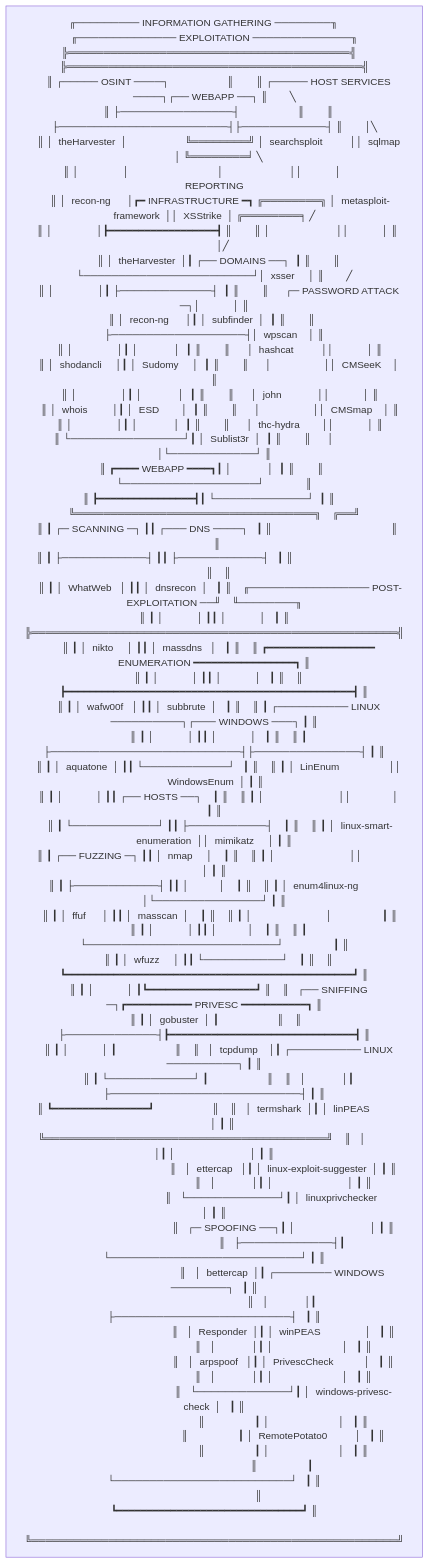
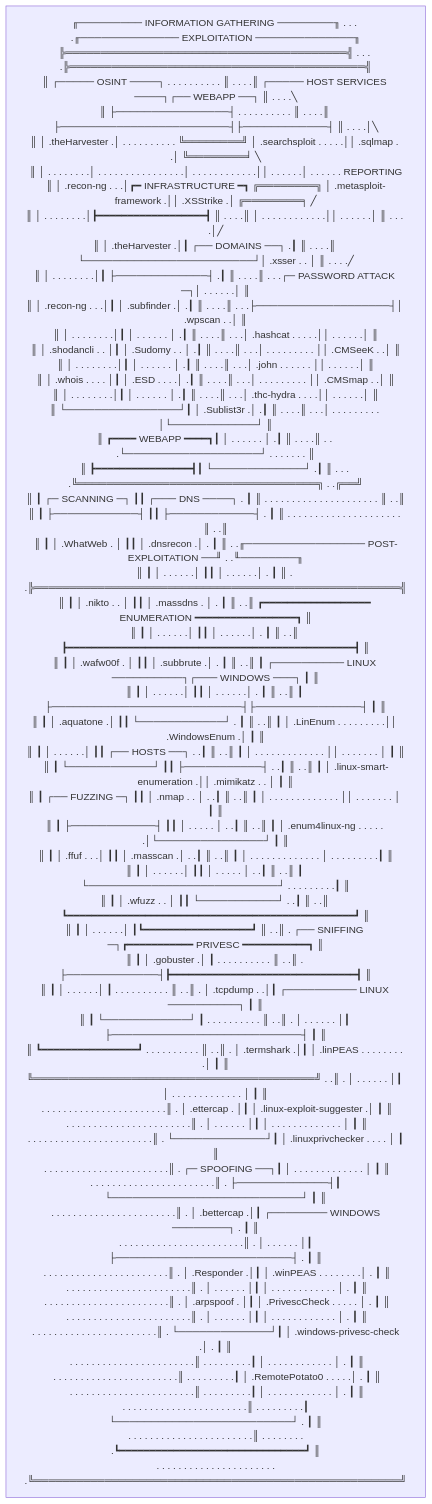
One commit to Skalyaeve/a-process changed the diagram in README.md. Above: the diagram before and after it, drawn with Mermaid.

````diff
--- a/README.md
+++ b/README.md
@@ -1,64 +1,64 @@
 ```mermaid
 graph TD
 main[
-    ╓───────── INFORMATION GATHERING ────────╖        ╓────────────── EXPLOITATION ──────────────╖
-    ╠════════════════════════════════════════╣        ╠══════════════════════════════════════════╣
-    ║ ┌───── OSINT ────┐                     ║        ║ ┌───── HOST SERVICES ────┐┌── WEBAPP ──┐ ║        ╲
-    ║ ├────────────────┤                     ║        ║ ├────────────────────────┤├────────────┤ ║        │╲
-    ║ │  theHarvester  │                     ╚════════╝ │  searchsploit          ││  sqlmap    │ ╚════════╛ ╲
-    ║ │                │                                │                        ││            │             REPORTING
-    ║ │  recon-ng      │┏━ INFRASTRUCTURE ━┓ ╔════════╗ │  metasploit-framework  ││  XSStrike  │ ╔════════╕ ╱
-    ║ │                │┣━━━━━━━━━━━━━━━━━━┫ ║        ║ │                        ││            │ ║        │╱
-    ║ │  theHarvester  │┃ ┌── DOMAINS ──┐  ┃ ║        ║ └────────────────────────┘│  xsser     │ ║        ╱
-    ║ │                │┃ ├─────────────┤  ┃ ║        ║      ┌─ PASSWORD ATTACK ─┐│            │ ║
-    ║ │  recon-ng      │┃ │  subfinder  │  ┃ ║        ║      ├───────────────────┤│  wpscan    │ ║
-    ║ │                │┃ │             │  ┃ ║        ║      │  hashcat          ││            │ ║
-    ║ │  shodancli     │┃ │  Sudomy     │  ┃ ║        ║      │                   ││  CMSeeK    │ ║
-    ║ │                │┃ │             │  ┃ ║        ║      │  john             ││            │ ║
-    ║ │  whois         │┃ │  ESD        │  ┃ ║        ║      │                   ││  CMSmap    │ ║
-    ║ │                │┃ │             │  ┃ ║        ║      │  thc-hydra        ││            │ ║
-    ║ └────────────────┘┃ │  Sublist3r  │  ┃ ║        ║      │                   │└────────────┘ ║
-    ║ ┏━━━━ WEBAPP ━━━━┓┃ │             │  ┃ ║        ║      └───────────────────┘               ║
-    ║ ┣━━━━━━━━━━━━━━━━┫┃ └─────────────┘  ┃ ║        ╚══════════════════════════════════╗    ╔══╝
-    ║ ┃ ┌─ SCANNING ─┐ ┃┃ ┌─── DNS ────┐   ┃ ║                                           ║    ║
-    ║ ┃ ├────────────┤ ┃┃ ├────────────┤   ┃ ║                                           ║    ║
-    ║ ┃ │  WhatWeb   │ ┃┃ │  dnsrecon  │   ┃ ║    ╓───────────────── POST-EXPLOITATION ──╜    ╙────────╖
-    ║ ┃ │            │ ┃┃ │            │   ┃ ║    ╠════════════════════════════════════════════════════╣
-    ║ ┃ │  nikto     │ ┃┃ │  massdns   │   ┃ ║    ║ ┏━━━━━━━━━━━━━━━━━━ ENUMERATION ━━━━━━━━━━━━━━━━━┓ ║
-    ║ ┃ │            │ ┃┃ │            │   ┃ ║    ║ ┣━━━━━━━━━━━━━━━━━━━━━━━━━━━━━━━━━━━━━━━━━━━━━━━━┫ ║
-    ║ ┃ │  wafw00f   │ ┃┃ │  subbrute  │   ┃ ║    ║ ┃ ┌────────── LINUX ──────────┐┌─── WINDOWS ───┐ ┃ ║
-    ║ ┃ │            │ ┃┃ │            │   ┃ ║    ║ ┃ ├───────────────────────────┤├───────────────┤ ┃ ║
-    ║ ┃ │  aquatone  │ ┃┃ └────────────┘   ┃ ║    ║ ┃ │  LinEnum                  ││  WindowsEnum  │ ┃ ║
-    ║ ┃ │            │ ┃┃ ┌── HOSTS ──┐    ┃ ║    ║ ┃ │                           ││               │ ┃ ║
-    ║ ┃ └────────────┘ ┃┃ ├───────────┤    ┃ ║    ║ ┃ │  linux-smart-enumeration  ││  mimikatz     │ ┃ ║
-    ║ ┃ ┌── FUZZING ─┐ ┃┃ │  nmap     │    ┃ ║    ║ ┃ │                           ││               │ ┃ ║
-    ║ ┃ ├────────────┤ ┃┃ │           │    ┃ ║    ║ ┃ │  enum4linux-ng            │└───────────────┘ ┃ ║
-    ║ ┃ │  ffuf      │ ┃┃ │  masscan  │    ┃ ║    ║ ┃ │                           │                  ┃ ║
-    ║ ┃ │            │ ┃┃ │           │    ┃ ║    ║ ┃ └───────────────────────────┘                  ┃ ║
-    ║ ┃ │  wfuzz     │ ┃┃ └───────────┘    ┃ ║    ║ ┗━━━━━━━━━━━━━━━━━━━━━━━━━━━━━━━━━━━━━━━━━━━━━━━━┛ ║
-    ║ ┃ │            │ ┃┗━━━━━━━━━━━━━━━━━━┛ ║    ║   ┌── SNIFFING ─┐┏━━━━━━━━━━━ PRIVESC ━━━━━━━━━━━┓ ║
-    ║ ┃ │  gobuster  │ ┃                     ║    ║   ├─────────────┤┣━━━━━━━━━━━━━━━━━━━━━━━━━━━━━━━┫ ║
-    ║ ┃ │            │ ┃                     ║    ║   │  tcpdump    │┃ ┌────────── LINUX ──────────┐ ┃ ║
-    ║ ┃ └────────────┘ ┃                     ║    ║   │             │┃ ├───────────────────────────┤ ┃ ║
-    ║ ┗━━━━━━━━━━━━━━━━┛                     ║    ║   │  termshark  │┃ │  linPEAS                  │ ┃ ║
-    ╚════════════════════════════════════════╝    ║   │             │┃ │                           │ ┃ ║
-                                                  ║   │  ettercap   │┃ │  linux-exploit-suggester  │ ┃ ║
-                                                  ║   │             │┃ │                           │ ┃ ║
-                                                  ║   └─────────────┘┃ │  linuxprivchecker         │ ┃ ║
-                                                  ║   ┌─ SPOOFING ──┐┃ │                           │ ┃ ║
-                                                  ║   ├─────────────┤┃ └───────────────────────────┘ ┃ ║
-                                                  ║   │  bettercap  │┃ ┌──────── WINDOWS ────────┐   ┃ ║
-                                                  ║   │             │┃ ├─────────────────────────┤   ┃ ║
-                                                  ║   │  Responder  │┃ │  winPEAS                │   ┃ ║
-                                                  ║   │             │┃ │                         │   ┃ ║
-                                                  ║   │  arpspoof   │┃ │  PrivescCheck           │   ┃ ║
-                                                  ║   │             │┃ │                         │   ┃ ║
-                                                  ║   └─────────────┘┃ │  windows-privesc-check  │   ┃ ║
-                                                  ║                  ┃ │                         │   ┃ ║
-                                                  ║                  ┃ │  RemotePotato0          │   ┃ ║
-                                                  ║                  ┃ │                         │   ┃ ║
-                                                  ║                  ┃ └─────────────────────────┘   ┃ ║
-                                                  ║                  ┗━━━━━━━━━━━━━━━━━━━━━━━━━━━━━━━┛ ║
-                                                  ╚════════════════════════════════════════════════════╝
+╓───────── INFORMATION GATHERING ────────╖ . . . .╓────────────── EXPLOITATION ──────────────╖
+╠════════════════════════════════════════╣ . . . .╠══════════════════════════════════════════╣
+║ ┌───── OSINT ────┐ . . . . . . . . . . ║ . . . .║ ┌───── HOST SERVICES ────┐┌── WEBAPP ──┐ ║ . . . .╲
+║ ├────────────────┤ . . . . . . . . . . ║ . . . .║ ├────────────────────────┤├────────────┤ ║ . . . .│╲
+║ │ .theHarvester .│ . . . . . . . . . . ╚════════╝ │ .searchsploit . . . . .││ .sqlmap . .│ ╚════════╛ ╲
+║ │ . . . . . . . .│ . . . . . . . . . . . . . . . .│ . . . . . . . . . . . .││ . . . . . .│ . . . . . . REPORTING
+║ │ .recon-ng . . .│┏━ INFRASTRUCTURE ━┓ ╔════════╗ │ .metasploit-framework .││ .XSStrike .│ ╔════════╕ ╱
+║ │ . . . . . . . .│┣━━━━━━━━━━━━━━━━━━┫ ║ . . . .║ │ . . . . . . . . . . . .││ . . . . . .│ ║ . . . .│╱
+║ │ .theHarvester .│┃ ┌── DOMAINS ──┐ .┃ ║ . . . .║ └────────────────────────┘│ .xsser . . │ ║ . . . .╱
+║ │ . . . . . . . .│┃ ├─────────────┤ .┃ ║ . . . .║ . . .┌─ PASSWORD ATTACK ─┐│ . . . . . .│ ║
+║ │ .recon-ng . . .│┃ │ .subfinder .│ .┃ ║ . . . .║ . . .├───────────────────┤│ .wpscan . .│ ║
+║ │ . . . . . . . .│┃ │ . . . . . . │ .┃ ║ . . . .║ . . .│ .hashcat . . . . .││ . . . . . .│ ║
+║ │ .shodancli . . │┃ │ .Sudomy . . │ .┃ ║ . . . .║ . . .│ . . . . . . . . . ││ .CMSeeK . .│ ║
+║ │ . . . . . . . .│┃ │ . . . . . . │ .┃ ║ . . . .║ . . .│ .john . . . . . . ││ . . . . . .│ ║
+║ │ .whois . . . . │┃ │ .ESD . . . .│ .┃ ║ . . . .║ . . .│ . . . . . . . . . ││ .CMSmap . .│ ║
+║ │ . . . . . . . .│┃ │ . . . . . . │ .┃ ║ . . . .║ . . .│ .thc-hydra . . . .││ . . . . . .│ ║
+║ └────────────────┘┃ │ .Sublist3r .│ .┃ ║ . . . .║ . . .│ . . . . . . . . . │└────────────┘ ║
+║ ┏━━━━ WEBAPP ━━━━┓┃ │ . . . . . . │ .┃ ║ . . . .║ . . .└───────────────────┘ . . . . . . . ║
+║ ┣━━━━━━━━━━━━━━━━┫┃ └─────────────┘ .┃ ║ . . . .╚══════════════════════════════════╗ . .╔══╝
+║ ┃ ┌─ SCANNING ─┐ ┃┃ ┌─── DNS ────┐ . ┃ ║ . . . . . . . . . . . . . . . . . . . . . ║ . .║
+║ ┃ ├────────────┤ ┃┃ ├────────────┤ . ┃ ║ . . . . . . . . . . . . . . . . . . . . . ║ . .║
+║ ┃ │ .WhatWeb . │ ┃┃ │ .dnsrecon .│ . ┃ ║ . .╓───────────────── POST-EXPLOITATION ──╜ . .╙────────╖
+║ ┃ │ . . . . . .│ ┃┃ │ . . . . . .│ . ┃ ║ . .╠════════════════════════════════════════════════════╣
+║ ┃ │ .nikto . . │ ┃┃ │ .massdns . │ . ┃ ║ . .║ ┏━━━━━━━━━━━━━━━━━━ ENUMERATION ━━━━━━━━━━━━━━━━━┓ ║
+║ ┃ │ . . . . . .│ ┃┃ │ . . . . . .│ . ┃ ║ . .║ ┣━━━━━━━━━━━━━━━━━━━━━━━━━━━━━━━━━━━━━━━━━━━━━━━━┫ ║
+║ ┃ │ .wafw00f . │ ┃┃ │ .subbrute .│ . ┃ ║ . .║ ┃ ┌────────── LINUX ──────────┐┌─── WINDOWS ───┐ ┃ ║
+║ ┃ │ . . . . . .│ ┃┃ │ . . . . . .│ . ┃ ║ . .║ ┃ ├───────────────────────────┤├───────────────┤ ┃ ║
+║ ┃ │ .aquatone .│ ┃┃ └────────────┘ . ┃ ║ . .║ ┃ │ .LinEnum . . . . . . . . .││ .WindowsEnum .│ ┃ ║
+║ ┃ │ . . . . . .│ ┃┃ ┌── HOSTS ──┐ . .┃ ║ . .║ ┃ │ . . . . . . . . . . . . . ││ . . . . . . . │ ┃ ║
+║ ┃ └────────────┘ ┃┃ ├───────────┤ . .┃ ║ . .║ ┃ │ .linux-smart-enumeration .││ .mimikatz . . │ ┃ ║
+║ ┃ ┌── FUZZING ─┐ ┃┃ │ .nmap . . │ . .┃ ║ . .║ ┃ │ . . . . . . . . . . . . . ││ . . . . . . . │ ┃ ║
+║ ┃ ├────────────┤ ┃┃ │ . . . . . │ . .┃ ║ . .║ ┃ │ .enum4linux-ng . . . . . .│└───────────────┘ ┃ ║
+║ ┃ │ .ffuf . . .│ ┃┃ │ .masscan .│ . .┃ ║ . .║ ┃ │ . . . . . . . . . . . . . │ . . . . . . . . .┃ ║
+║ ┃ │ . . . . . .│ ┃┃ │ . . . . . │ . .┃ ║ . .║ ┃ └───────────────────────────┘ . . . . . . . . .┃ ║
+║ ┃ │ .wfuzz . . │ ┃┃ └───────────┘ . .┃ ║ . .║ ┗━━━━━━━━━━━━━━━━━━━━━━━━━━━━━━━━━━━━━━━━━━━━━━━━┛ ║
+║ ┃ │ . . . . . .│ ┃┗━━━━━━━━━━━━━━━━━━┛ ║ . .║ . ┌── SNIFFING ─┐┏━━━━━━━━━━━ PRIVESC ━━━━━━━━━━━┓ ║
+║ ┃ │ .gobuster .│ ┃ . . . . . . . . . . ║ . .║ . ├─────────────┤┣━━━━━━━━━━━━━━━━━━━━━━━━━━━━━━━┫ ║
+║ ┃ │ . . . . . .│ ┃ . . . . . . . . . . ║ . .║ . │ .tcpdump . .│┃ ┌────────── LINUX ──────────┐ ┃ ║
+║ ┃ └────────────┘ ┃ . . . . . . . . . . ║ . .║ . │ . . . . . . │┃ ├───────────────────────────┤ ┃ ║
+║ ┗━━━━━━━━━━━━━━━━┛ . . . . . . . . . . ║ . .║ . │ .termshark .│┃ │ .linPEAS . . . . . . . . .│ ┃ ║
+╚════════════════════════════════════════╝ . .║ . │ . . . . . . │┃ │ . . . . . . . . . . . . . │ ┃ ║
+ . . . . . . . . . . . . . . . . . . . . . . .║ . │ .ettercap . │┃ │ .linux-exploit-suggester .│ ┃ ║
+ . . . . . . . . . . . . . . . . . . . . . . .║ . │ . . . . . . │┃ │ . . . . . . . . . . . . . │ ┃ ║
+ . . . . . . . . . . . . . . . . . . . . . . .║ . └─────────────┘┃ │ .linuxprivchecker . . . . │ ┃ ║
+ . . . . . . . . . . . . . . . . . . . . . . .║ . ┌─ SPOOFING ──┐┃ │ . . . . . . . . . . . . . │ ┃ ║
+ . . . . . . . . . . . . . . . . . . . . . . .║ . ├─────────────┤┃ └───────────────────────────┘ ┃ ║
+ . . . . . . . . . . . . . . . . . . . . . . .║ . │ .bettercap .│┃ ┌──────── WINDOWS ────────┐ . ┃ ║
+ . . . . . . . . . . . . . . . . . . . . . . .║ . │ . . . . . . │┃ ├─────────────────────────┤ . ┃ ║
+ . . . . . . . . . . . . . . . . . . . . . . .║ . │ .Responder .│┃ │ .winPEAS . . . . . . . .│ . ┃ ║
+ . . . . . . . . . . . . . . . . . . . . . . .║ . │ . . . . . . │┃ │ . . . . . . . . . . . . │ . ┃ ║
+ . . . . . . . . . . . . . . . . . . . . . . .║ . │ .arpspoof . │┃ │ .PrivescCheck . . . . . │ . ┃ ║
+ . . . . . . . . . . . . . . . . . . . . . . .║ . │ . . . . . . │┃ │ . . . . . . . . . . . . │ . ┃ ║
+ . . . . . . . . . . . . . . . . . . . . . . .║ . └─────────────┘┃ │ .windows-privesc-check .│ . ┃ ║
+ . . . . . . . . . . . . . . . . . . . . . . .║ . . . . . . . . .┃ │ . . . . . . . . . . . . │ . ┃ ║
+ . . . . . . . . . . . . . . . . . . . . . . .║ . . . . . . . . .┃ │ .RemotePotato0 . . . . .│ . ┃ ║
+ . . . . . . . . . . . . . . . . . . . . . . .║ . . . . . . . . .┃ │ . . . . . . . . . . . . │ . ┃ ║
+ . . . . . . . . . . . . . . . . . . . . . . .║ . . . . . . . . .┃ └─────────────────────────┘ . ┃ ║
+ . . . . . . . . . . . . . . . . . . . . . . .║ . . . . . . . . .┗━━━━━━━━━━━━━━━━━━━━━━━━━━━━━━━┛ ║
+ . . . . . . . . . . . . . . . . . . . . . . .╚════════════════════════════════════════════════════╝
 ]
 ```
````
